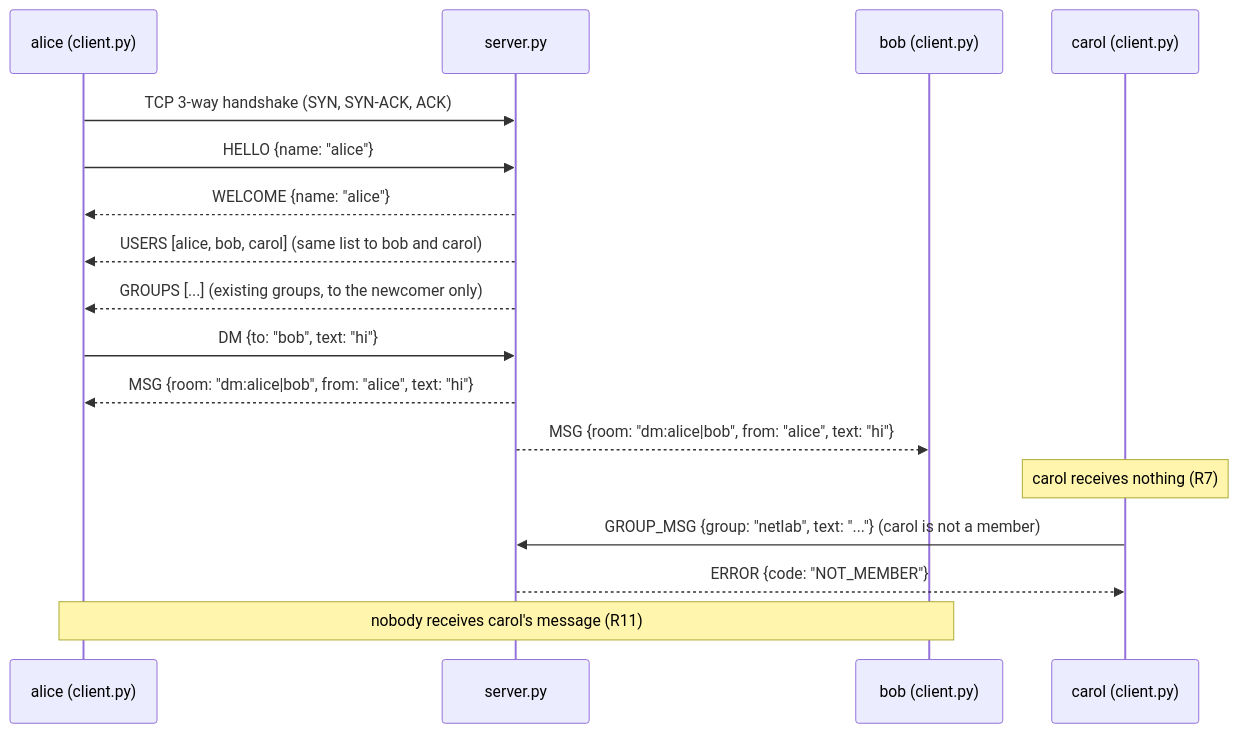
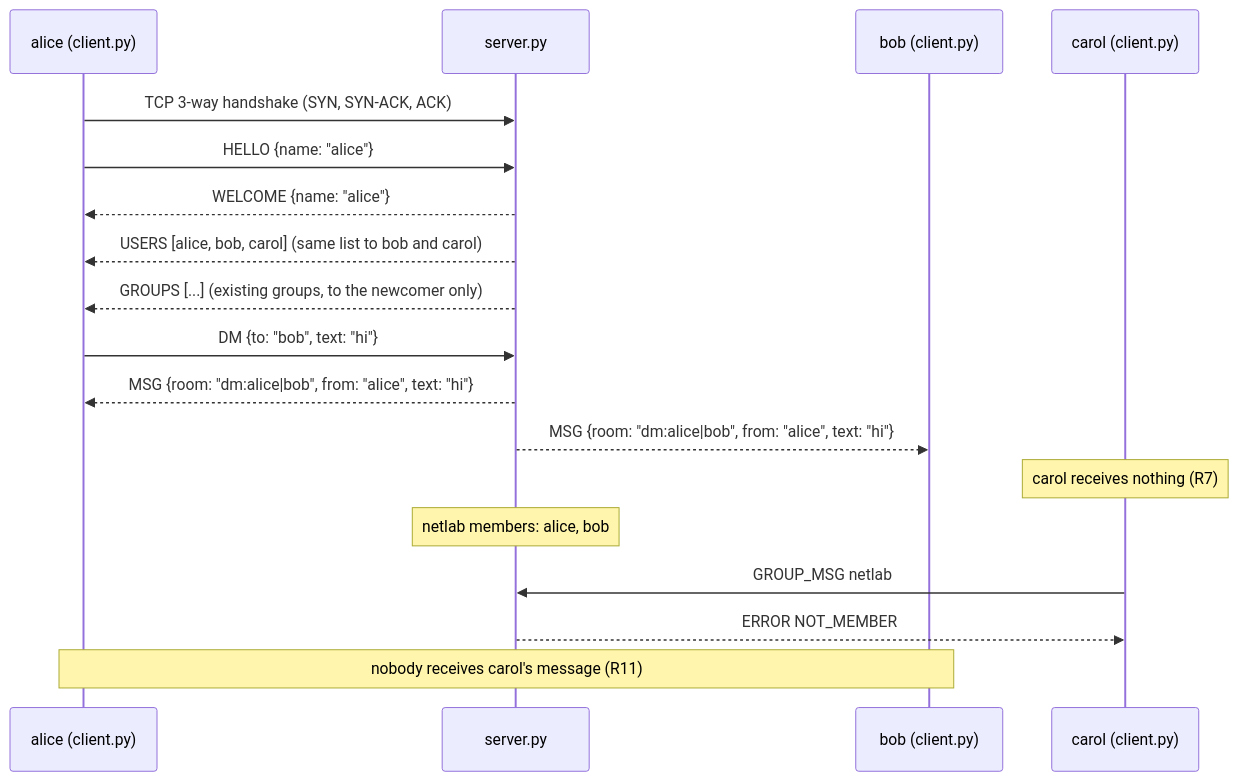
The fourth of 5 diagrams in docs/ARCHITECTURE.md (TanakritEuro/comnet-socket-chat), drawn with Mermaid before and after one commit. The commit also changed other lines of this file and 8 other files, not shown here.

First line of the commit message:
docs: clearer R1 diagrams (cross-thread send, group sequence, 2x render)

````diff
--- a/docs/ARCHITECTURE.md
+++ b/docs/ARCHITECTURE.md
@@ -69,19 +79,20 @@
 ```mermaid
 sequenceDiagram
     participant A as alice (client.py)
     participant S as server.py
     participant B as bob (client.py)
     participant C as carol (client.py)
     A->>S: TCP 3-way handshake (SYN, SYN-ACK, ACK)
     A->>S: HELLO {name: "alice"}
     S-->>A: WELCOME {name: "alice"}
     S-->>A: USERS [alice, bob, carol] (same list to bob and carol)
     S-->>A: GROUPS [...] (existing groups, to the newcomer only)
     A->>S: DM {to: "bob", text: "hi"}
     S-->>A: MSG {room: "dm:alice|bob", from: "alice", text: "hi"}
     S-->>B: MSG {room: "dm:alice|bob", from: "alice", text: "hi"}
     Note over C: carol receives nothing (R7)
-    C->>S: GROUP_MSG {group: "netlab", text: "..."} (carol is not a member)
-    S-->>C: ERROR {code: "NOT_MEMBER"}
+    Note over S: netlab members: alice, bob
+    C->>S: GROUP_MSG netlab
+    S-->>C: ERROR NOT_MEMBER
     Note over A,B: nobody receives carol's message (R11)
 ```
````
